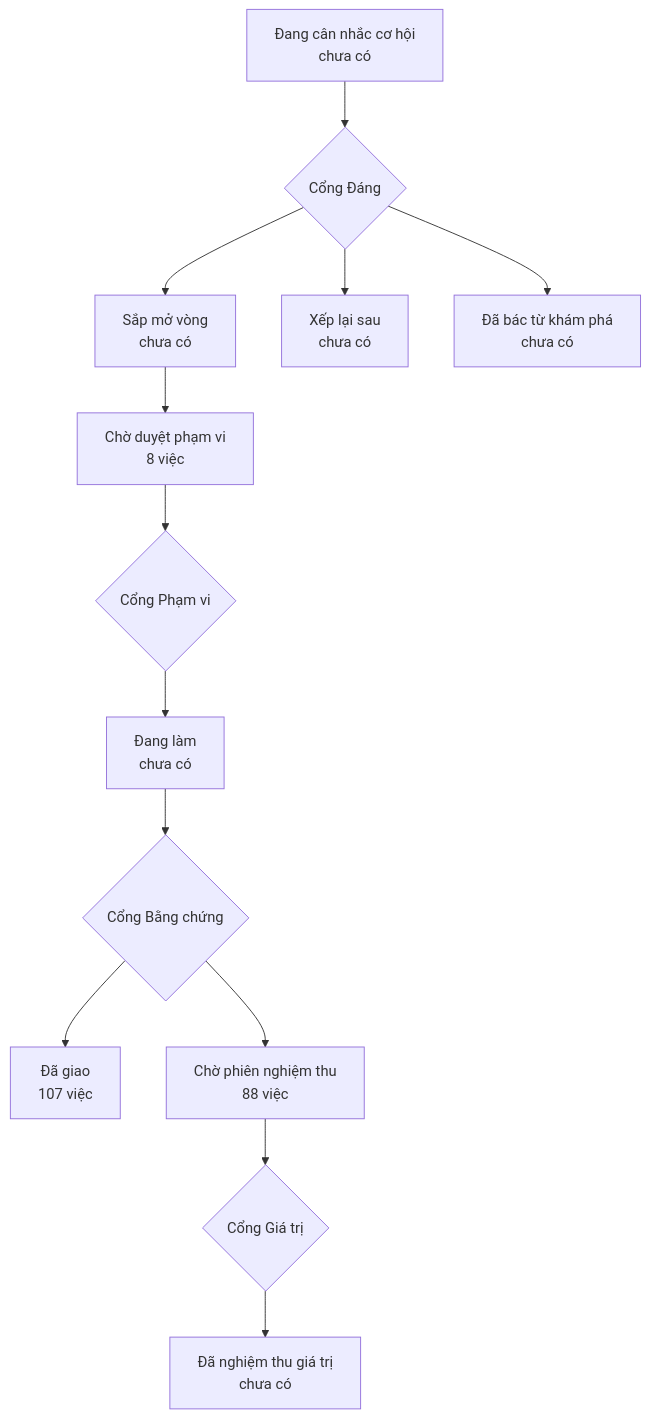
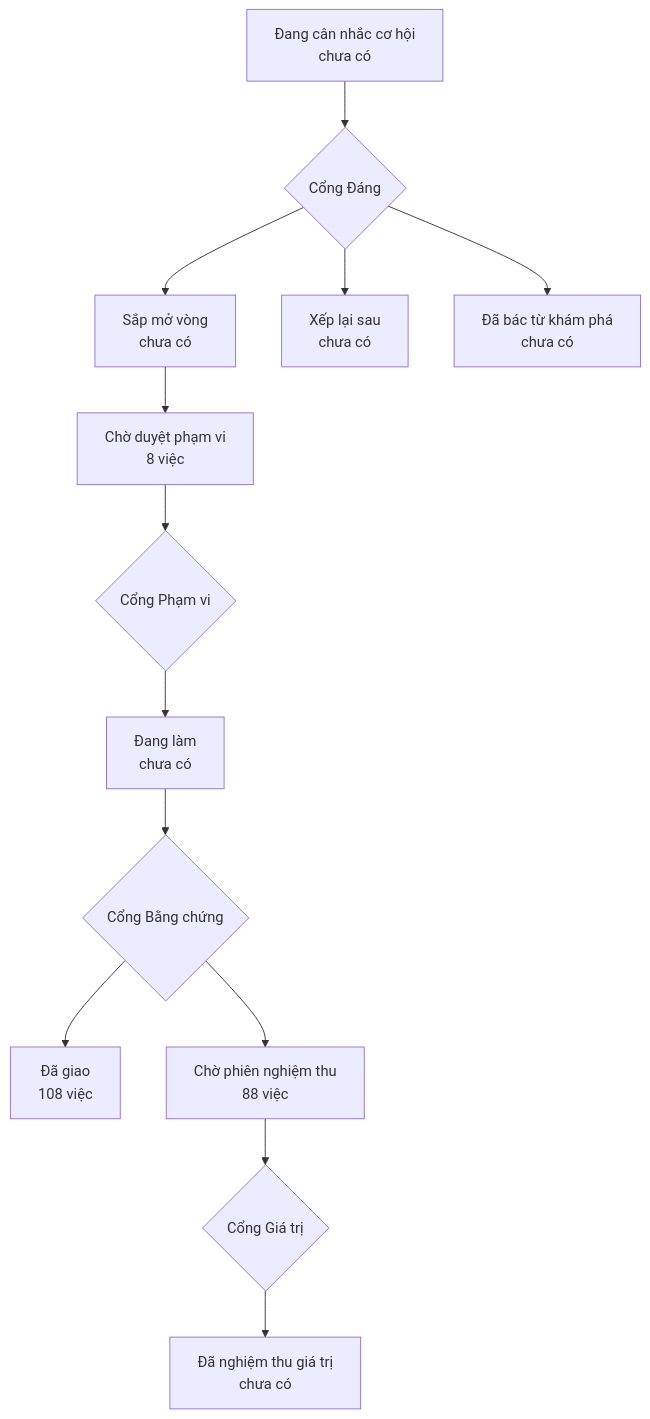
Before and after one commit to phanlemanh/onehub-invest: the diagram in PRODUCT-MAP.md, drawn with Mermaid. The commit also changed other lines of this file and 4 other files, not shown here.

````diff
--- a/PRODUCT-MAP.md
+++ b/PRODUCT-MAP.md
@@ -7,12 +7,12 @@
 ```mermaid
 flowchart TD
   A["Đang cân nhắc cơ hội<br/>chưa có"] --> GD{"Cổng Đáng"}
   GD --> B["Sắp mở vòng<br/>chưa có"]
   GD --> XL["Xếp lại sau<br/>chưa có"]
   GD --> DB["Đã bác từ khám phá<br/>chưa có"]
   B --> CD["Chờ duyệt phạm vi<br/>8 việc"] --> GP{"Cổng Phạm vi"}
   GP --> DL["Đang làm<br/>chưa có"] --> GB{"Cổng Bằng chứng"}
-  GB --> DG["Đã giao<br/>107 việc"]
+  GB --> DG["Đã giao<br/>108 việc"]
   GB --> CN["Chờ phiên nghiệm thu<br/>88 việc"] --> GG{"Cổng Giá trị"}
   GG --> NT["Đã nghiệm thu giá trị<br/>chưa có"]
 ```
````
